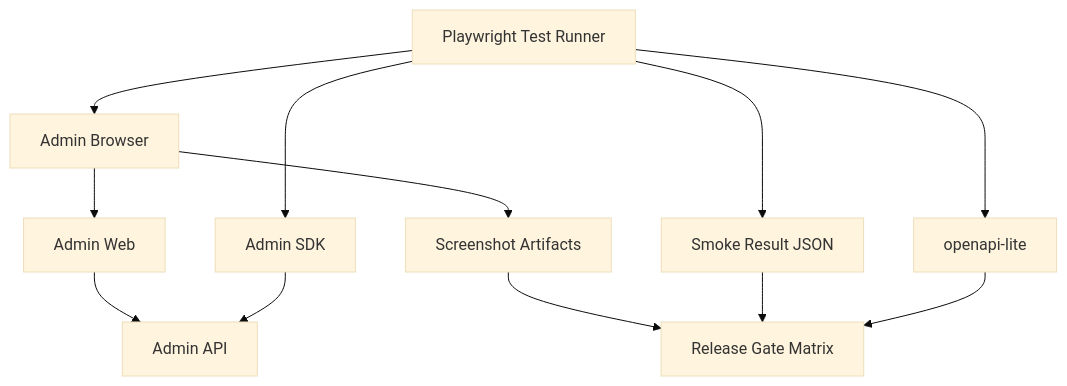
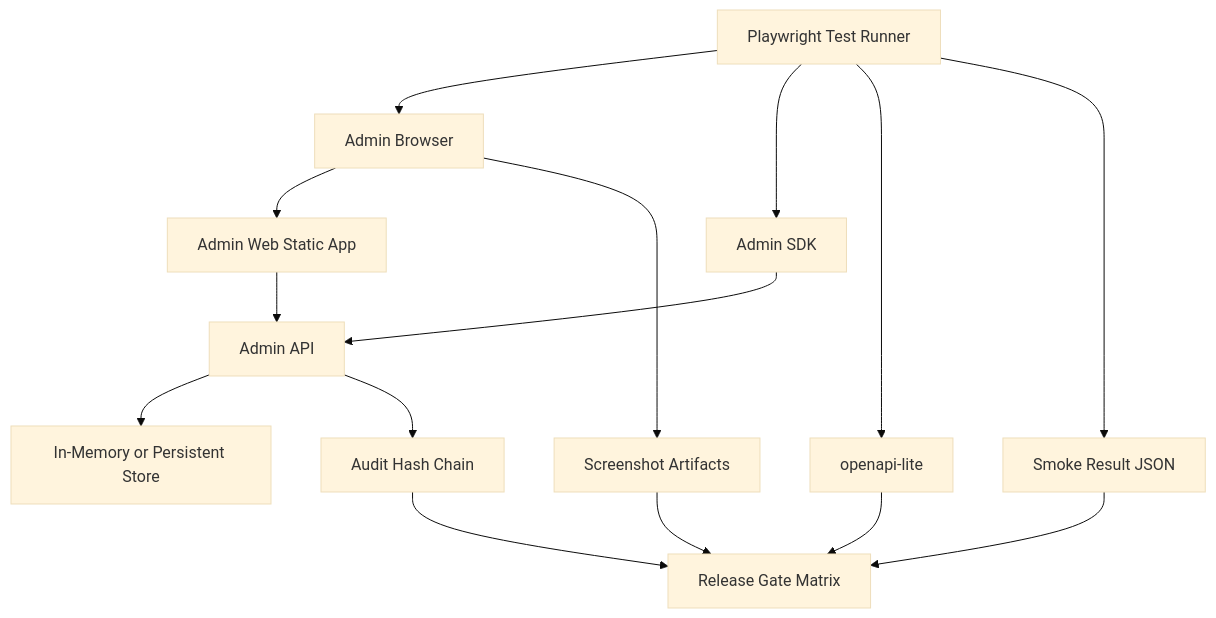
One commit to officemexel-hash/sylion_secure changed the third of 8 diagrams in docs/admin-panel-v2/47-step3-10-graphs-roadmap.md. Above: the diagram before and after it, drawn with Mermaid (base theme). The commit also changed other lines of this file and 9 other files, not shown here.

````diff
--- a/docs/admin-panel-v2/47-step3-10-graphs-roadmap.md
+++ b/docs/admin-panel-v2/47-step3-10-graphs-roadmap.md
@@ -5,24 +94,29 @@
 ```mermaid
 flowchart TD
     Runner["Playwright Test Runner"]
     Browser["Admin Browser"]
-    Web["Admin Web"]
+    Web["Admin Web Static App"]
     API["Admin API"]
     SDK["Admin SDK"]
     Contract["openapi-lite"]
+    Store["In-Memory or Persistent Store"]
+    Audit["Audit Hash Chain"]
     Screens["Screenshot Artifacts"]
     JSON["Smoke Result JSON"]
     Gate["Release Gate Matrix"]
 
     Runner --> Browser
     Browser --> Web
     Web --> API
     Runner --> SDK
     SDK --> API
+    API --> Store
+    API --> Audit
     Runner --> Contract
     Browser --> Screens
     Runner --> JSON
     Screens --> Gate
     JSON --> Gate
     Contract --> Gate
+    Audit --> Gate
 ```
````
